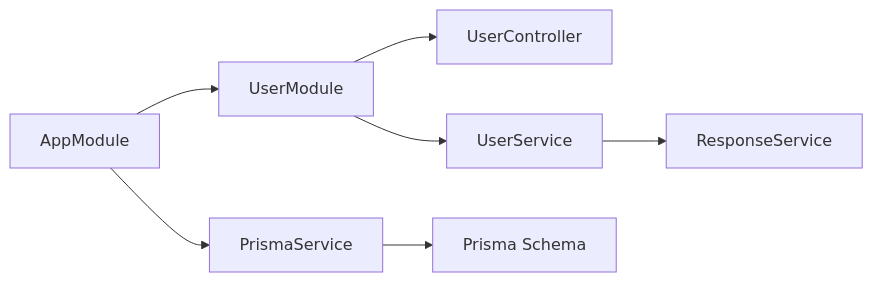
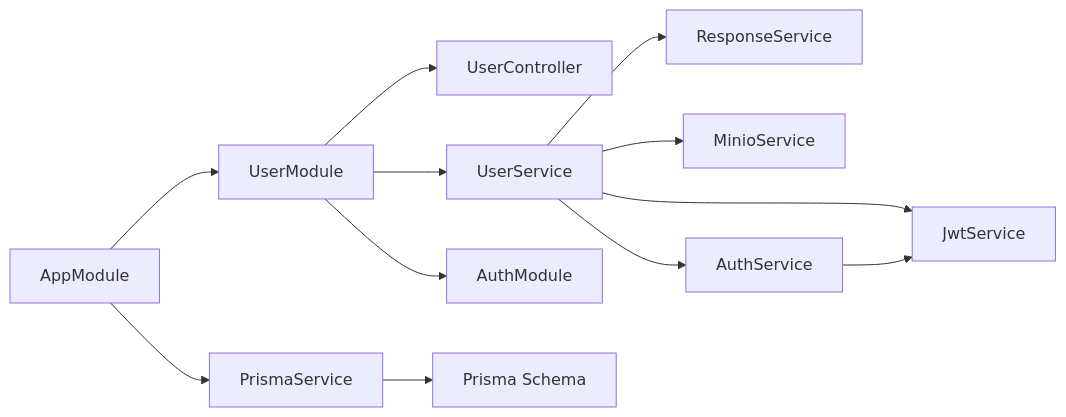
Before and after one commit to LihaoZDB/English-Study: the fourth of 4 diagrams in .qoder/repowiki/zh/content/后端开发/核心业务服务/用户管理系统/用户管理系统.md, drawn with Mermaid. The commit also changed other lines of this file and 9 other files, not shown here.

````diff
--- a/.qoder/repowiki/zh/content/后端开发/核心业务服务/用户管理系统/用户管理系统.md
+++ b/.qoder/repowiki/zh/content/后端开发/核心业务服务/用户管理系统/用户管理系统.md
@@ -315,9 +404,14 @@
 ```mermaid
 graph LR
 AppModule["AppModule"] --> UserModule["UserModule"]
 AppModule --> SharedPrisma["PrismaService"]
 UserModule --> UserController["UserController"]
 UserModule --> UserService["UserService"]
+UserModule --> AuthModule["AuthModule"]
 UserService --> ResponseService["ResponseService"]
+UserService --> MinioService["MinioService"]
+UserService --> AuthService["AuthService"]
+UserService --> JwtService["JwtService"]
+AuthService --> JwtService
 SharedPrisma --> PrismaSchema["Prisma Schema"]
 ```
````
